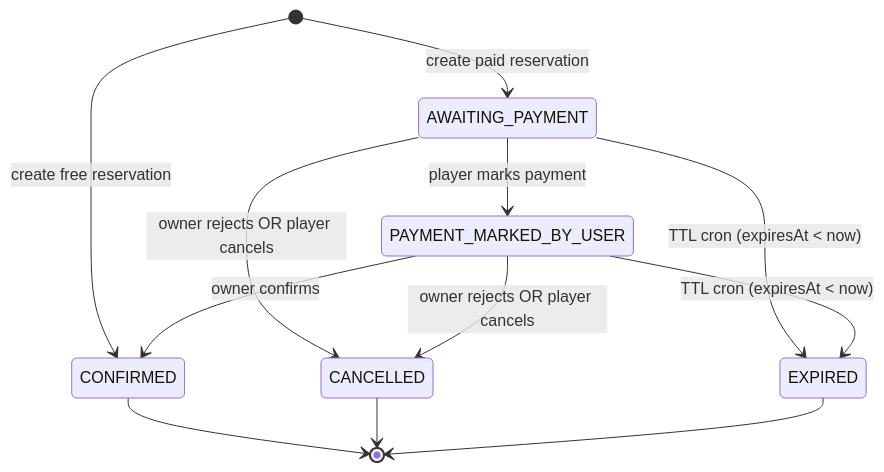
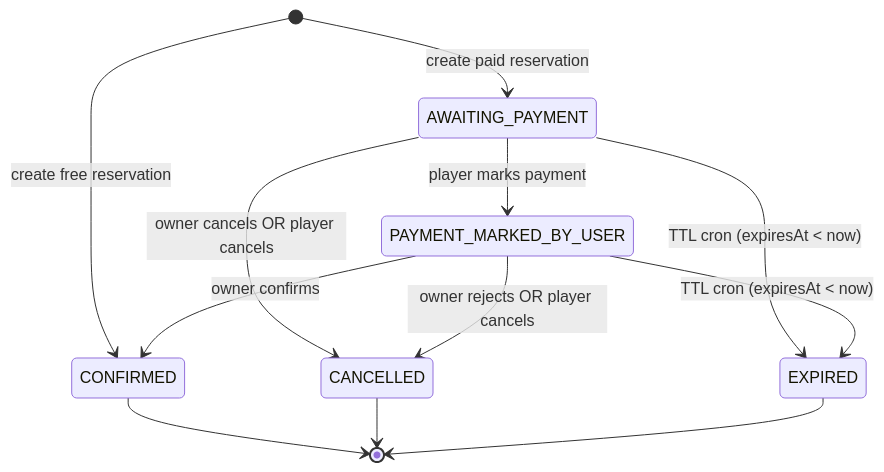
The first of 2 diagrams in docs/reservation-state-machine-level-2-engineering.md (raphaelmans/next16bp), drawn with Mermaid before and after one commit. The commit also changed other lines of this file and 3 other files, not shown here.

````diff
--- a/docs/reservation-state-machine-level-2-engineering.md
+++ b/docs/reservation-state-machine-level-2-engineering.md
@@ -20,18 +35,18 @@
 ```mermaid
 stateDiagram-v2
   [*] --> AWAITING_PAYMENT: create paid reservation
   [*] --> CONFIRMED: create free reservation
 
   AWAITING_PAYMENT --> PAYMENT_MARKED_BY_USER: player marks payment
   PAYMENT_MARKED_BY_USER --> CONFIRMED: owner confirms
 
-  AWAITING_PAYMENT --> CANCELLED: owner rejects OR player cancels
+  AWAITING_PAYMENT --> CANCELLED: owner cancels OR player cancels
   PAYMENT_MARKED_BY_USER --> CANCELLED: owner rejects OR player cancels
 
   AWAITING_PAYMENT --> EXPIRED: TTL cron (expiresAt < now)
   PAYMENT_MARKED_BY_USER --> EXPIRED: TTL cron (expiresAt < now)
 
   CONFIRMED --> [*]
   CANCELLED --> [*]
   EXPIRED --> [*]
 ```
````
